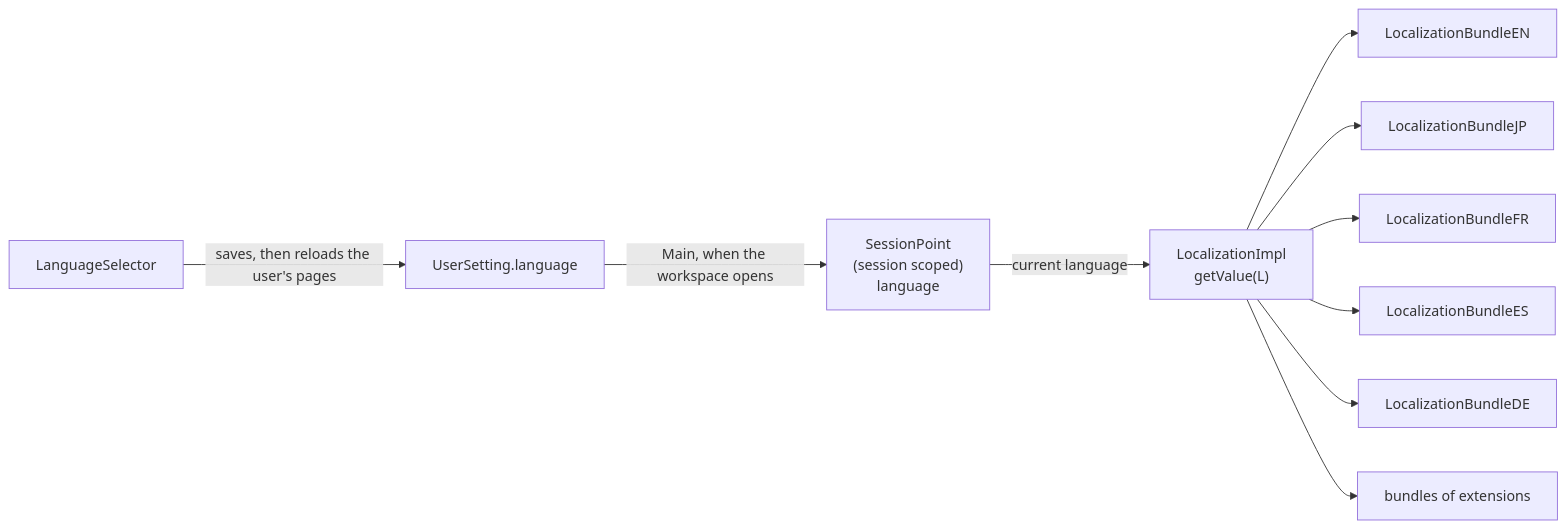
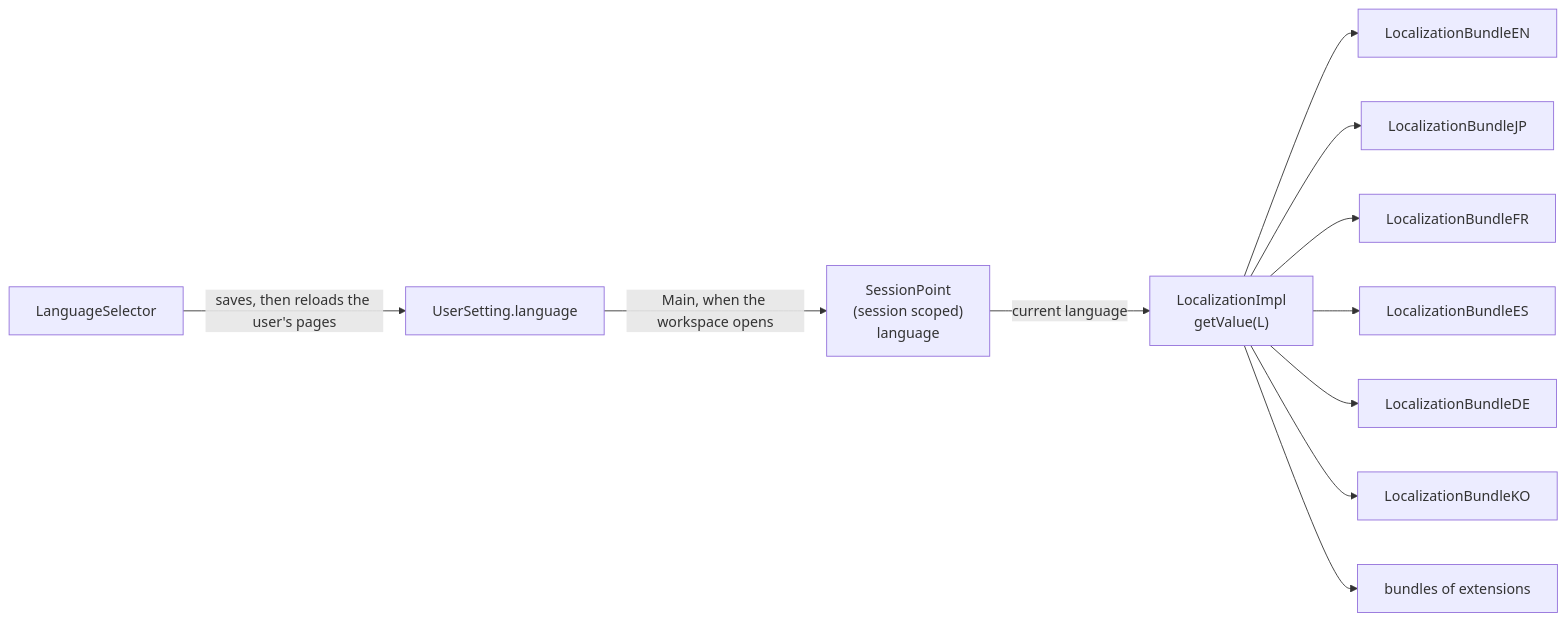
One commit to Enerccio/Marginalia changed the seventh of 7 diagrams in manual/developer/architecture.md. Above: the diagram before and after it, drawn with Mermaid. The commit also changed other lines of this file and 46 other files, not shown here.

````diff
--- a/manual/developer/architecture.md
+++ b/manual/developer/architecture.md
@@ -543,12 +543,13 @@
 ```mermaid
 flowchart LR
     SP["SessionPoint<br/>(session scoped)<br/>language"] -->|current language| Loc["LocalizationImpl<br/>getValue(L)"]
     Loc --> B1["LocalizationBundleEN"]
     Loc --> B2["LocalizationBundleJP"]
     Loc --> B4["LocalizationBundleFR"]
     Loc --> B5["LocalizationBundleES"]
     Loc --> B6["LocalizationBundleDE"]
+    Loc --> B7["LocalizationBundleKO"]
     Loc --> B3["bundles of extensions"]
     US["UserSetting.language"] -->|"Main, when the workspace opens"| SP
     LS["LanguageSelector"] -->|saves, then reloads the user's pages| US
 ```
````
